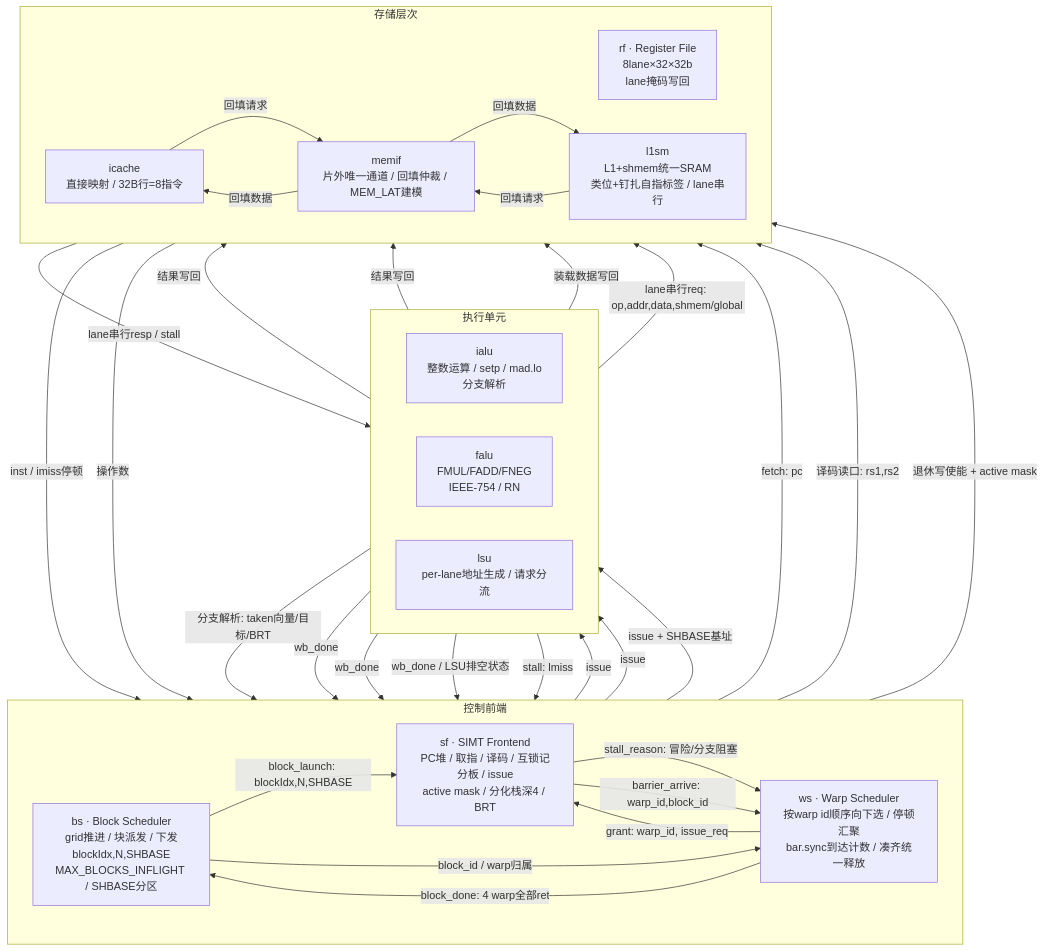
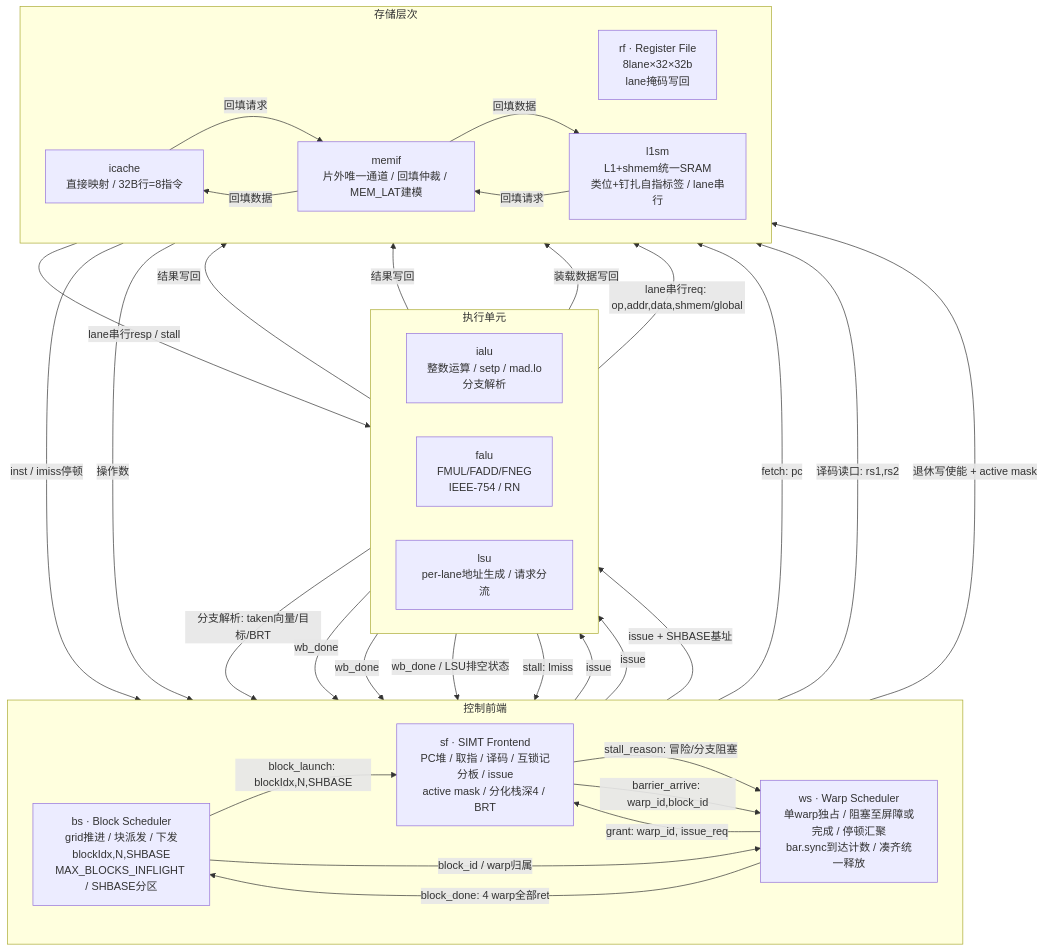
The diagram in top/docs/ma_spec_v0.1.md (Up-desires-big-result/easy_simt), drawn with Mermaid before and after one commit. The commit also changed other lines of this file, not shown here.

Commit message:
ma_spec 修订：warp 调度改为单 warp 独占、阻塞至完成（WS_POLICY=RUN_TO_DONE），交织降为预留优化项

````diff
--- a/top/docs/ma_spec_v0.1.md
+++ b/top/docs/ma_spec_v0.1.md
@@ -67,68 +69,68 @@
 ```mermaid
 flowchart TB
   subgraph CTRL["控制前端"]
     direction LR
     bs["bs · Block Scheduler<br/>grid推进 / 块派发 / 下发blockIdx,N,SHBASE<br/>MAX_BLOCKS_INFLIGHT / SHBASE分区"]
-    ws["ws · Warp Scheduler<br/>按warp id顺序向下选 / 停顿汇聚<br/>bar.sync到达计数 / 凑齐统一释放"]
+    ws["ws · Warp Scheduler<br/>单warp独占 / 阻塞至屏障或完成 / 停顿汇聚<br/>bar.sync到达计数 / 凑齐统一释放"]
     sf["sf · SIMT Frontend<br/>PC堆 / 取指 / 译码 / 互锁记分板 / issue<br/>active mask / 分化栈深4 / BRT"]
   end
 
   subgraph EXEC["执行单元"]
     direction LR
     ialu["ialu<br/>整数运算 / setp / mad.lo<br/>分支解析"]
     falu["falu<br/>FMUL/FADD/FNEG<br/>IEEE-754 / RN"]
     lsu["lsu<br/>per-lane地址生成 / 请求分流"]
   end
 
   subgraph STOR["存储层次"]
     direction LR
     rf["rf · Register File<br/>8lane×32×32b<br/>lane掩码写回"]
     icache["icache<br/>直接映射 / 32B行=8指令"]
     l1sm["l1sm<br/>L1+shmem统一SRAM<br/>类位+钉扎自指标签 / lane串行"]
     memif["memif<br/>片外唯一通道 / 回填仲裁 / MEM_LAT建模"]
   end
 
   %% 块级控制
   bs -- "block_launch: blockIdx,N,SHBASE" --> sf
   bs -- "block_id / warp归属" --> ws
   ws -- "block_done: 4 warp全部ret" --> bs
 
   %% 发射对握
   ws -- "grant: warp_id, issue_req" --> sf
   sf -- "stall_reason: 冒险/分支阻塞" --> ws
   sf -- "barrier_arrive: warp_id,block_id" --> ws
 
   %% 取指
   sf -- "fetch: pc" --> icache
   icache -- "inst / imiss停顿" --> sf
 
   %% 寄存器堆
   sf -- "译码读口: rs1,rs2" --> rf
   rf -- "操作数" --> sf
   sf -- "退休写使能 + active mask" --> rf
 
   %% issue与分支回注
   sf -- "issue" --> ialu
   sf -- "issue" --> falu
   sf -- "issue + SHBASE基址" --> lsu
   ialu -- "分支解析: taken向量/目标/BRT" --> sf
 
   %% 写回与记分板
   ialu -- "结果写回" --> rf
   falu -- "结果写回" --> rf
   lsu -- "装载数据写回" --> rf
   ialu -- "wb_done" --> sf
   falu -- "wb_done" --> sf
   lsu -- "wb_done / LSU排空状态" --> sf
 
   %% 访存
   lsu -- "stall: lmiss" --> ws
   lsu -- "lane串行req: op,addr,data,shmem/global" --> l1sm
   l1sm -- "lane串行resp / stall" --> lsu
 
   %% 片外
   icache -- "回填请求" --> memif
   memif -- "回填数据" --> icache
   l1sm -- "回填请求" --> memif
   memif -- "回填数据" --> l1sm
 ```
````
